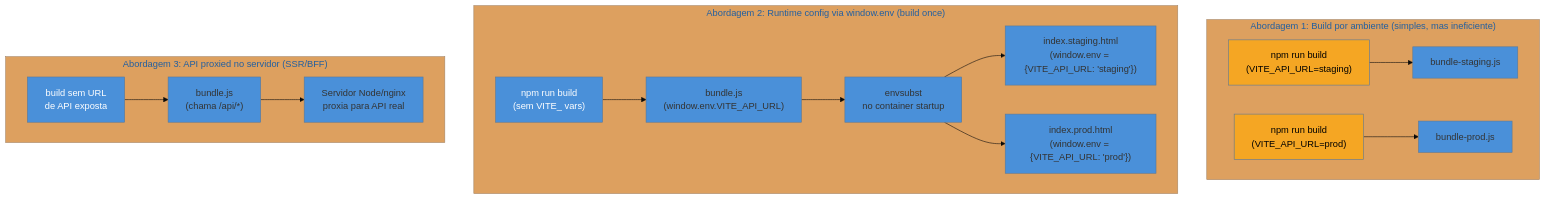
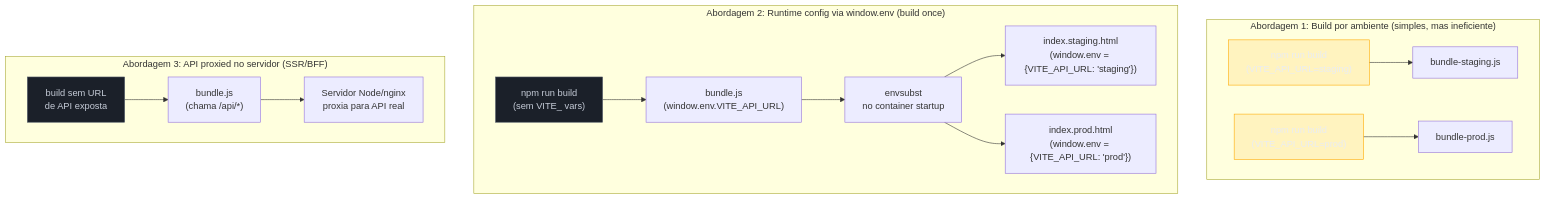
One commit to josenaldo/codex-technomanticus changed the third of 5 diagrams in 03-Dominios/Tecnologia/Tooling e Build/23 - Build em produção, CI e determinismo.md. Above: the diagram before and after it, drawn with Mermaid. The commit also changed other lines of this file and 1181 other files, not shown here.

First line of the commit message:
fix(diagramas): paleta do sistema no lugar de cor cravada no markdown

````diff
--- a/03-Dominios/Tecnologia/Tooling e Build/23 - Build em produção, CI e determinismo.md
+++ b/03-Dominios/Tecnologia/Tooling e Build/23 - Build em produção, CI e determinismo.md
@@ -323,29 +323,30 @@
 ```mermaid
-%%{init: {"theme": "base", "themeVariables": {"primaryColor": "#4A90D9"}}}%%
 flowchart TD
+    classDef destaque fill:#FFAA0024,stroke:#FFAA00,color:#E9ECF2
+    classDef neutro fill:#1B2029,stroke:#4E5666,color:#C6CCD8
     subgraph "Abordagem 1: Build por ambiente (simples, mas ineficiente)"
         BA1["npm run build\n(VITE_API_URL=staging)"]
         BA2["npm run build\n(VITE_API_URL=prod)"]
         BA1 --> BU1["bundle-staging.js"]
         BA2 --> BU2["bundle-prod.js"]
     end
 
     subgraph "Abordagem 2: Runtime config via window.env (build once)"
         BC["npm run build\n(sem VITE_ vars)"]
         BC --> BU3["bundle.js\n(window.env.VITE_API_URL)"]
         BU3 --> ENV["envsubst\nno container startup"]
         ENV --> STA["index.staging.html\n(window.env = {VITE_API_URL: 'staging'})"]
         ENV --> PROD["index.prod.html\n(window.env = {VITE_API_URL: 'prod'})"]
     end
 
     subgraph "Abordagem 3: API proxied no servidor (SSR/BFF)"
         BS["build sem URL\nde API exposta"]
         BS --> BU4["bundle.js\n(chama /api/*)"]
         BU4 --> SRV["Servidor Node/nginx\nproxia para API real"]
     end
 
-    style BA1 fill:#F5A623,color:#000
-    style BA2 fill:#F5A623,color:#000
-    style BC fill:#4A90D9,color:#fff
-    style BS fill:#4A90D9,color:#fff
+    class BA1 destaque
+    class BA2 destaque
+    class BC neutro
+    class BS neutro
 ```
````
